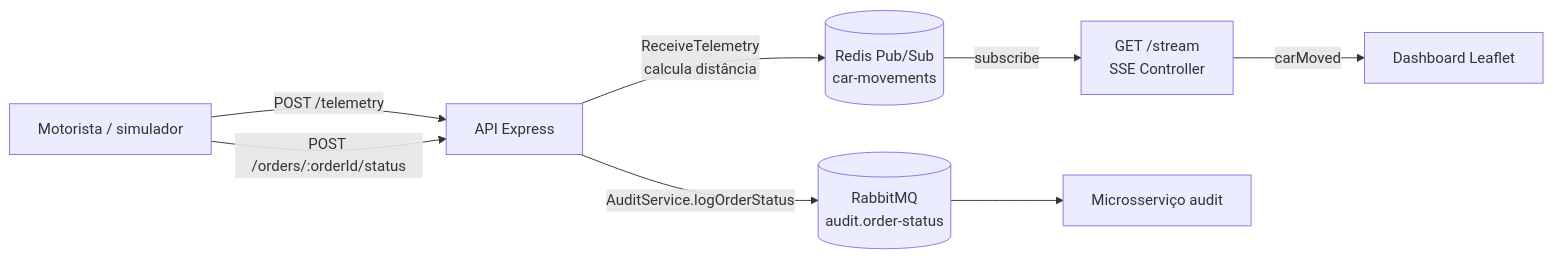
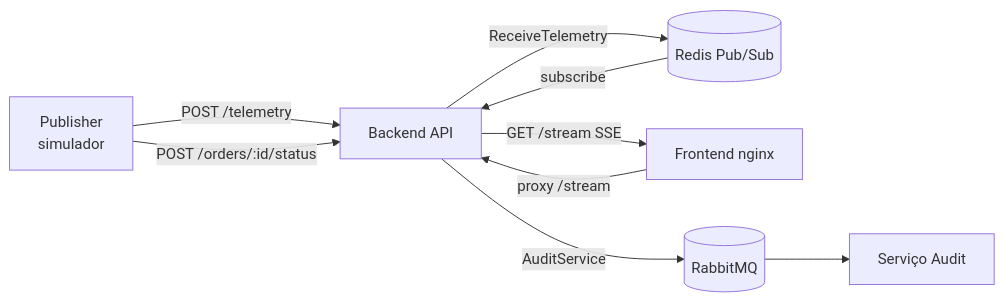
Before and after one commit to gabgarden/gps-tracking-SSE: the diagram in architecture.md, drawn with Mermaid. The commit also changed other lines of this file and 59 other files, not shown here.

````diff
--- a/architecture.md
+++ b/architecture.md
@@ -11,11 +9,12 @@
 ```mermaid
 flowchart LR
-    Driver[Motorista / simulador] -->|POST /telemetry| API[API Express]
-    API -->|ReceiveTelemetry\ncalcula distância| Redis[(Redis Pub/Sub\ncar-movements)]
-    Redis -->|subscribe| SSE[GET /stream\nSSE Controller]
-    SSE -->|carMoved| Browser[Dashboard Leaflet]
+    Publisher[Publisher\nsimulador] -->|POST /telemetry| Backend[Backend API]
+    Backend -->|ReceiveTelemetry| Redis[(Redis Pub/Sub)]
+    Redis -->|subscribe| Backend
+    Backend -->|GET /stream SSE| Frontend[Frontend nginx]
+    Frontend -->|proxy /stream| Backend
 
-    Driver -->|POST /orders/:orderId/status| API
-    API -->|AuditService.logOrderStatus| Rabbit[(RabbitMQ\naudit.order-status)]
-    Rabbit --> Audit[Microsserviço audit]
+    Publisher -->|POST /orders/:id/status| Backend
+    Backend -->|AuditService| Rabbit[(RabbitMQ)]
+    Rabbit --> Audit[Serviço Audit]
 ```
````
